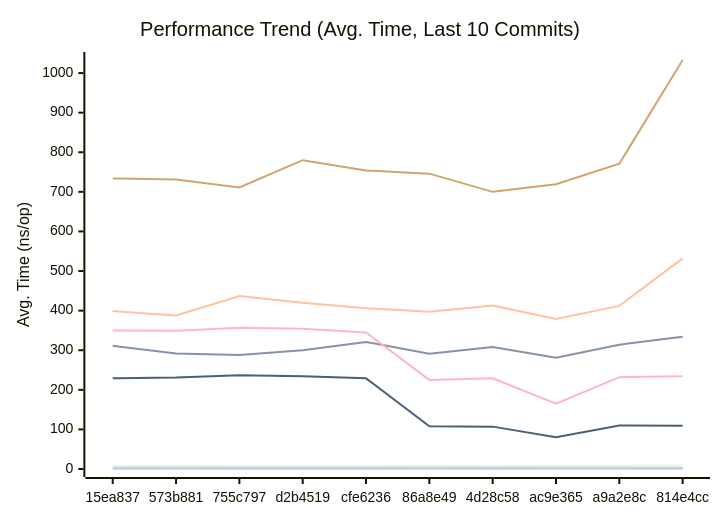
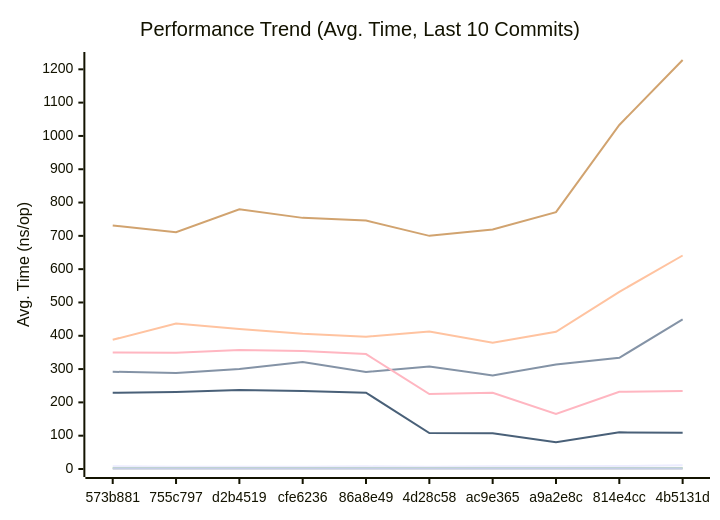
The first of 3 diagrams in docs/PERFORMANCE.md (alsotoes/momo), drawn with Mermaid before and after one commit. The commit also changed other lines of this file and 2 other files, not shown here.

````diff
--- a/docs/PERFORMANCE.md
+++ b/docs/PERFORMANCE.md
@@ -80,16 +80,16 @@
 ```mermaid
 xychart-beta
     title "Performance Trend (Avg. Time, Last 10 Commits)"
     x-axis "Commit"
     y-axis "Avg. Time (ns/op)"
-    x-axis [15ea837,573b881,755c797,d2b4519,cfe6236,86a8e49,4d28c58,ac9e365,a9a2e8c,814e4cc]
-    line "CheckMetricsAndSwap" [7,8,7,7,7,8,7,8,8,9]
-    line "CrushOptimized" [311,292,288,300,321,291,308,281,314,334]
-    line "CrushOriginal" [399,388,437,420,406,397,413,379,412,532]
+    x-axis [573b881,755c797,d2b4519,cfe6236,86a8e49,4d28c58,ac9e365,a9a2e8c,814e4cc,4b5131d]
+    line "CheckMetricsAndSwap" [8,7,7,7,8,7,8,8,9,11]
+    line "CrushOptimized" [292,288,300,321,291,308,281,314,334,449]
+    line "CrushOriginal" [388,437,420,406,397,413,379,412,532,641]
     line "IndexDirectTracking" [0,0,0,0,0,0,0,0,0,0]
     line "IndexSearch" [3,3,3,3,3,3,3,3,3,3]
-    line "LoadGlobalConfig" [734,731,711,780,754,746,700,719,771,1033]
+    line "LoadGlobalConfig" [731,711,780,754,746,700,719,771,1033,1228]
     line "PadString" [2,2,2,2,2,2,2,2,2,2]
     line "ParseReplicationOrder_NoPrealloc" [350,349,357,354,345,225,229,165,232,234]
     line "ParseReplicationOrder_Prealloc" [229,231,237,234,229,108,107,80,110,109]
 ```
````
